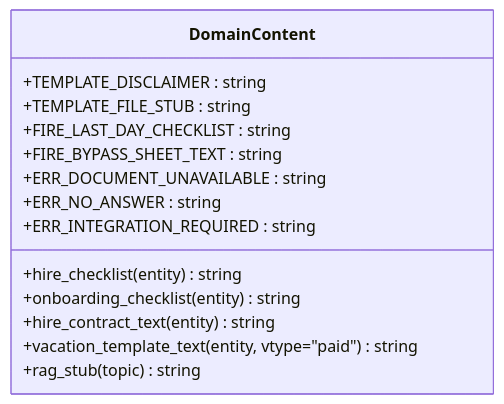
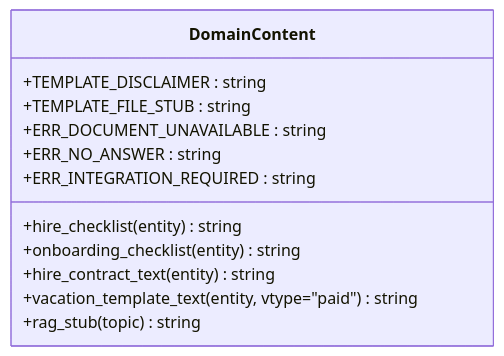
The third of 12 diagrams in .qoder/repowiki/en/content/VK Integration/Domain Content Management.md (ognelis/cafetera_hr_bot), drawn with Mermaid before and after one commit. The commit also changed other lines of this file and 9 other files, not shown here.

````diff
--- a/.qoder/repowiki/en/content/VK Integration/Domain Content Management.md
+++ b/.qoder/repowiki/en/content/VK Integration/Domain Content Management.md
@@ -212,17 +213,15 @@
 ```mermaid
 classDiagram
 class DomainContent {
 +TEMPLATE_DISCLAIMER : string
 +TEMPLATE_FILE_STUB : string
-+FIRE_LAST_DAY_CHECKLIST : string
-+FIRE_BYPASS_SHEET_TEXT : string
 +ERR_DOCUMENT_UNAVAILABLE : string
 +ERR_NO_ANSWER : string
 +ERR_INTEGRATION_REQUIRED : string
 +hire_checklist(entity) string
 +onboarding_checklist(entity) string
 +hire_contract_text(entity) string
 +vacation_template_text(entity, vtype="paid") string
 +rag_stub(topic) string
 }
 ```
````
